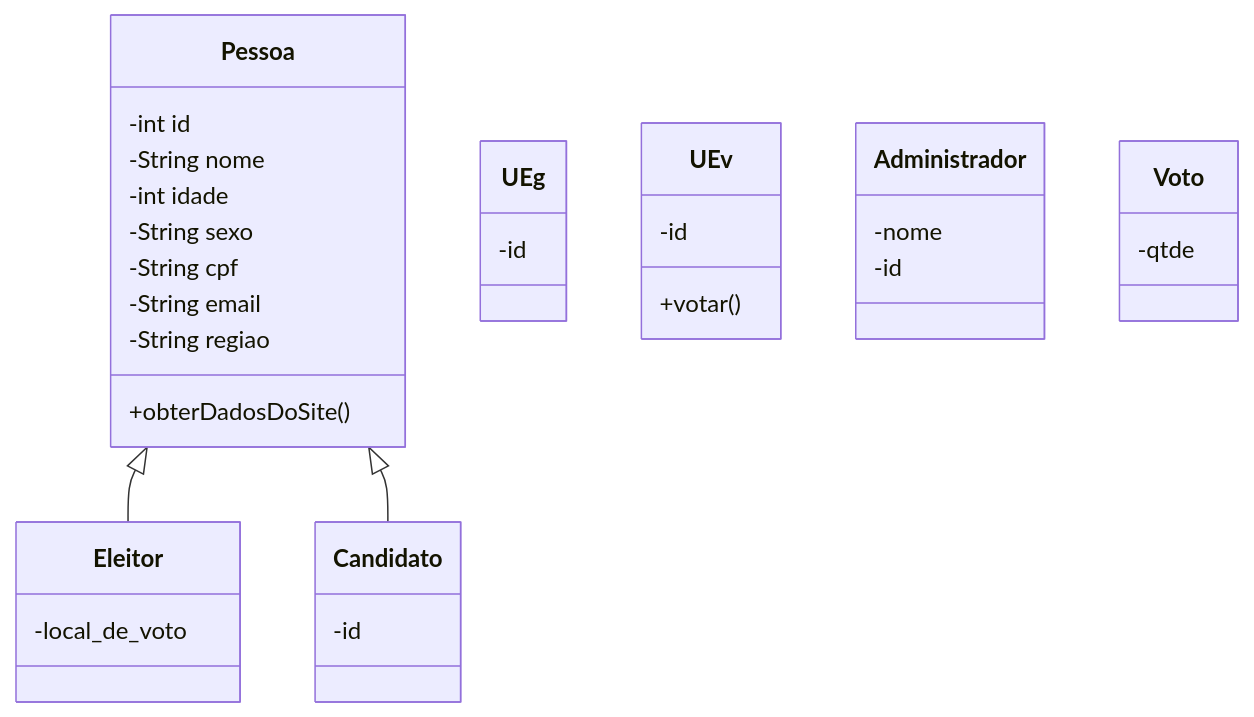
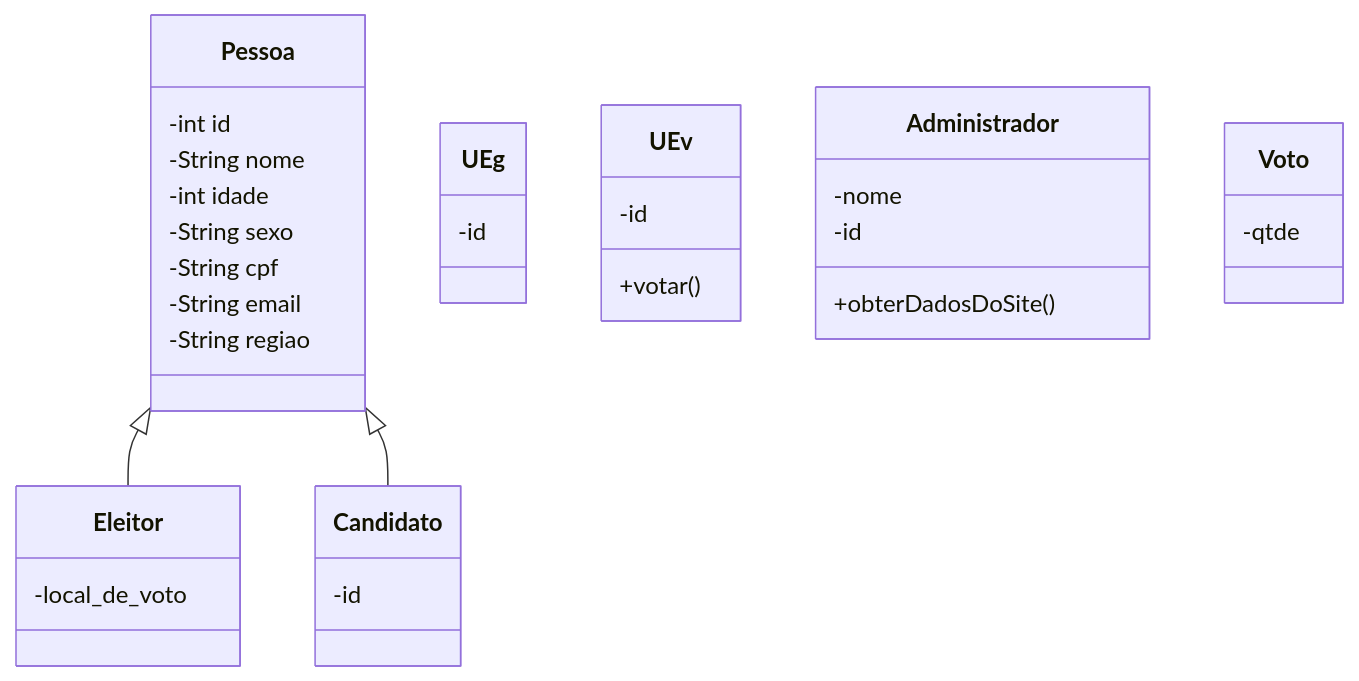
Before and after one commit to HenriqueFinatti/Modelagem-De-Software-Orientado-a-Objetos: the diagram in Diagrama De Classes.md, drawn with Mermaid. The commit also changed other lines of this file, not shown here.

Commit message:
Update Diagrama De Classes.md

````diff
--- a/Diagrama De Classes.md
+++ b/Diagrama De Classes.md
@@ -11,44 +3,44 @@
 ```mermaid
 classDiagram
 Pessoa <|-- Eleitor
 Pessoa <|-- Candidato
 Pessoa: -int id
 Pessoa: -String nome
 Pessoa: -int idade
 Pessoa: -String sexo
 Pessoa: -String cpf
 Pessoa: -String email
 Pessoa: -String regiao
-Pessoa: +obterDadosDoSite()
-
 
 class Eleitor{
   -local_de_voto
 }
 
 class Candidato{
   -id
 }
 
 class UEg{
   -id
 }
 
 class UEv{
   -id
   +votar()
 }
 
 class Administrador{
   -nome
   -id
+ +obterDadosDoSite()
+
 }
 
 class Voto{
   -qtde
 }
 
 
 
 
 ```
````
